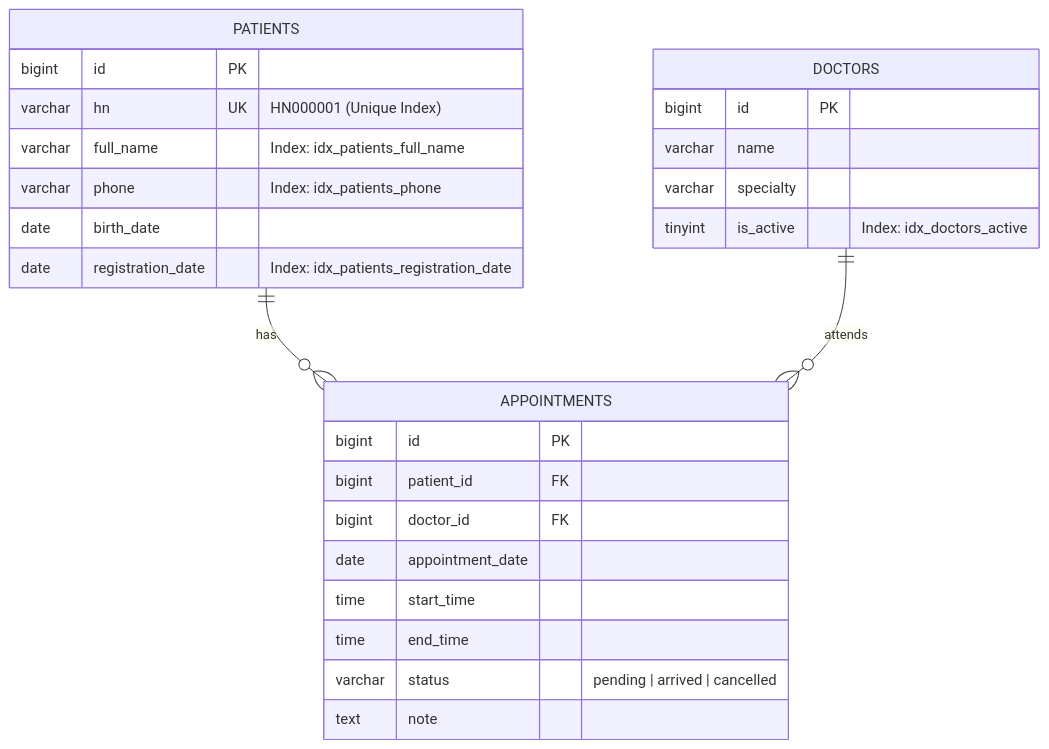
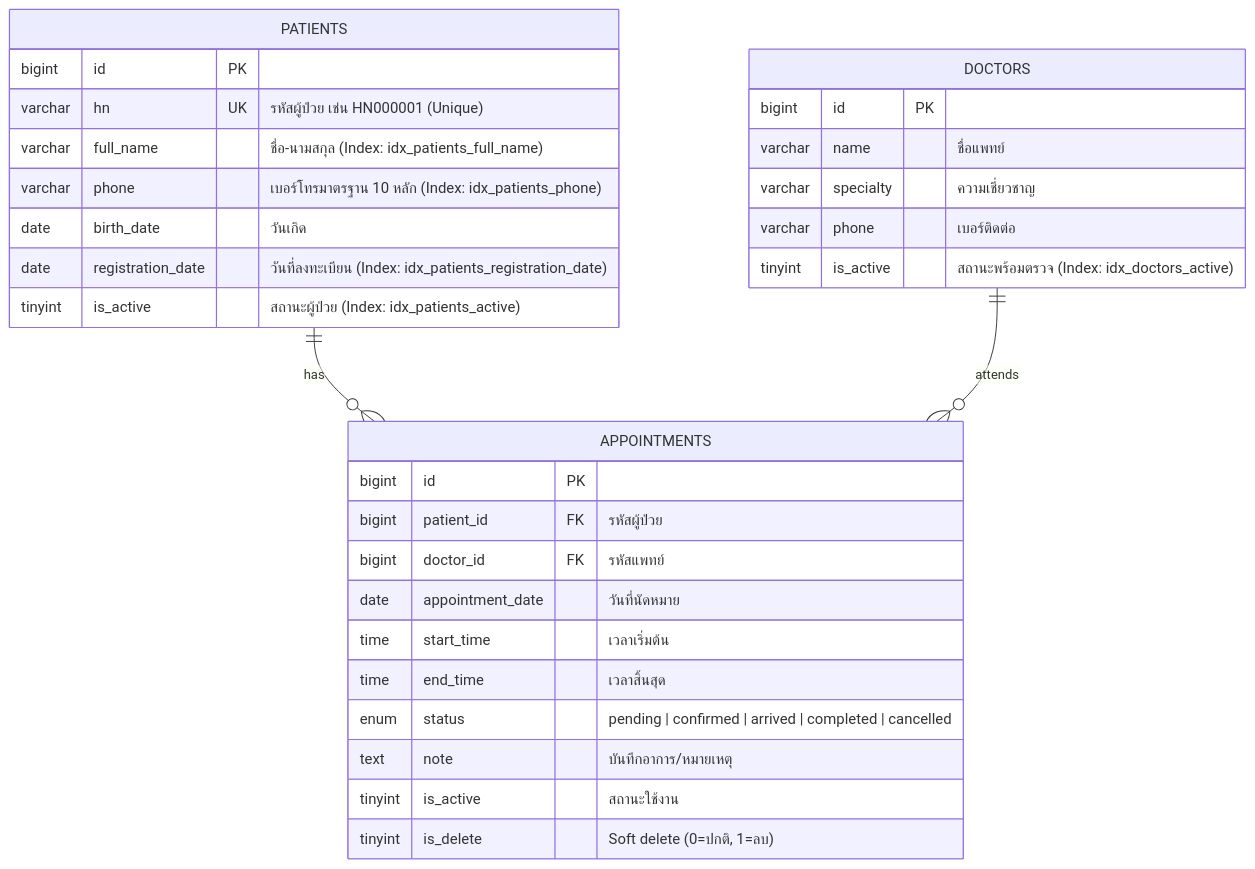
The diagram in README.md (korakoch-it/bstarone), drawn with Mermaid before and after one commit. The commit also changed other lines of this file, not shown here.

````diff
--- a/README.md
+++ b/README.md
@@ -124,32 +146,36 @@
 ```mermaid
 erDiagram
     PATIENTS ||--o{ APPOINTMENTS : "has"
     DOCTORS ||--o{ APPOINTMENTS : "attends"
 
     PATIENTS {
         bigint id PK
-        varchar hn UK "HN000001 (Unique Index)"
-        varchar full_name "Index: idx_patients_full_name"
-        varchar phone "Index: idx_patients_phone"
-        date birth_date
-        date registration_date "Index: idx_patients_registration_date"
+        varchar hn UK "รหัสผู้ป่วย เช่น HN000001 (Unique)"
+        varchar full_name "ชื่อ-นามสกุล (Index: idx_patients_full_name)"
+        varchar phone "เบอร์โทรมาตรฐาน 10 หลัก (Index: idx_patients_phone)"
+        date birth_date "วันเกิด"
+        date registration_date "วันที่ลงทะเบียน (Index: idx_patients_registration_date)"
+        tinyint is_active "สถานะผู้ป่วย (Index: idx_patients_active)"
     }
 
     DOCTORS {
         bigint id PK
-        varchar name
-        varchar specialty
-        tinyint is_active "Index: idx_doctors_active"
+        varchar name "ชื่อแพทย์"
+        varchar specialty "ความเชี่ยวชาญ"
+        varchar phone "เบอร์ติดต่อ"
+        tinyint is_active "สถานะพร้อมตรวจ (Index: idx_doctors_active)"
     }
 
     APPOINTMENTS {
         bigint id PK
-        bigint patient_id FK
-        bigint doctor_id FK
-        date appointment_date
-        time start_time
-        time end_time
-        varchar status "pending | arrived | cancelled"
-        text note
+        bigint patient_id FK "รหัสผู้ป่วย"
+        bigint doctor_id FK "รหัสแพทย์"
+        date appointment_date "วันที่นัดหมาย"
+        time start_time "เวลาเริ่มต้น"
+        time end_time "เวลาสิ้นสุด"
+        enum status "pending | confirmed | arrived | completed | cancelled"
+        text note "บันทึกอาการ/หมายเหตุ"
+        tinyint is_active "สถานะใช้งาน"
+        tinyint is_delete "Soft delete (0=ปกติ, 1=ลบ)"
     }
 ```
````
